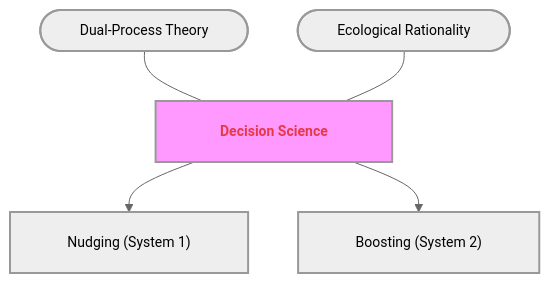
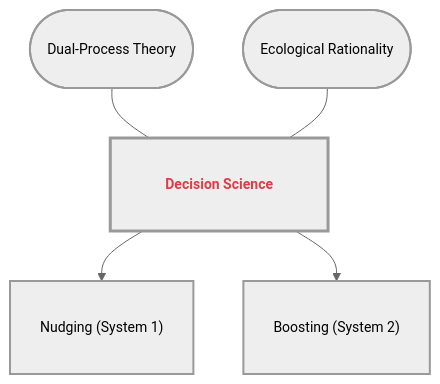
Before and after one commit to GM024/CourseSummaries: the fifth of 8 diagrams in Communication_Influence/Mastery_Guide_SOW_BS033.md, drawn with Mermaid. The commit also changed other lines of this file, not shown here.

Commit message:
Dynamic Box Standard: CSS-driven padding and HTML bolding for perfect diagram rendering

````diff
--- a/Communication_Influence/Mastery_Guide_SOW_BS033.md
+++ b/Communication_Influence/Mastery_Guide_SOW_BS033.md
@@ -171,14 +171,14 @@
 ```mermaid
-%%{init: { 'flowchart': { 'padding': 20, 'nodeSpacing': 50, 'rankSpacing': 50, 'useMaxWidth': false }, 'theme': 'neutral', 'themeVariables': { 'fontSize': '14px' }}}%%
+%%{init: { 'flowchart': { 'useMaxWidth': false, 'htmlLabels': true }, 'theme': 'neutral', 'themeVariables': { 'fontSize': '14px' }}}%%
 graph TD
-    Hub["&nbsp;&nbsp;&nbsp;&nbsp;&nbsp;&nbsp; <span style='color:#e63946'><b>Decision Science</b></span> &nbsp;&nbsp;&nbsp;&nbsp;&nbsp;&nbsp;"]:::hubNode
+    classDef sandbox padding-left:20px,padding-right:20px,padding-top:10px,padding-bottom:10px,stroke-width:2px;
+    classDef hub padding-left:25px,padding-right:25px,padding-top:15px,padding-bottom:15px,stroke-width:3px,font-weight:bold;
+
+    Hub["<span style='color:#e63946'><b>Decision Science</b></span>"]:::hub
     
-    S1(["&nbsp;&nbsp;&nbsp;&nbsp;&nbsp;&nbsp; Dual-Process Theory &nbsp;&nbsp;&nbsp;&nbsp;&nbsp;&nbsp;"]) --- Hub
-    S2(["&nbsp;&nbsp;&nbsp;&nbsp;&nbsp;&nbsp; Ecological Rationality &nbsp;&nbsp;&nbsp;&nbsp;&nbsp;&nbsp;"]) --- Hub
+    S1(["Dual-Process Theory"]):::sandbox --- Hub
+    S2(["Ecological Rationality"]):::sandbox --- Hub
     
-    Hub --> B1["&nbsp;&nbsp;&nbsp;&nbsp; Nudging (System 1) &nbsp;&nbsp;&nbsp;&nbsp;"]
-    Hub --> B2["&nbsp;&nbsp;&nbsp;&nbsp; Boosting (System 2) &nbsp;&nbsp;&nbsp;&nbsp;"]
-    
-    classDef hubNode font-weight:bold,stroke-width:2px,fill:#f9f;
-    classDef default stroke-width:2px;
+    Hub --> B1["Nudging (System 1)"]:::sandbox
+    Hub --> B2["Boosting (System 2)"]:::sandbox
 ```
````
